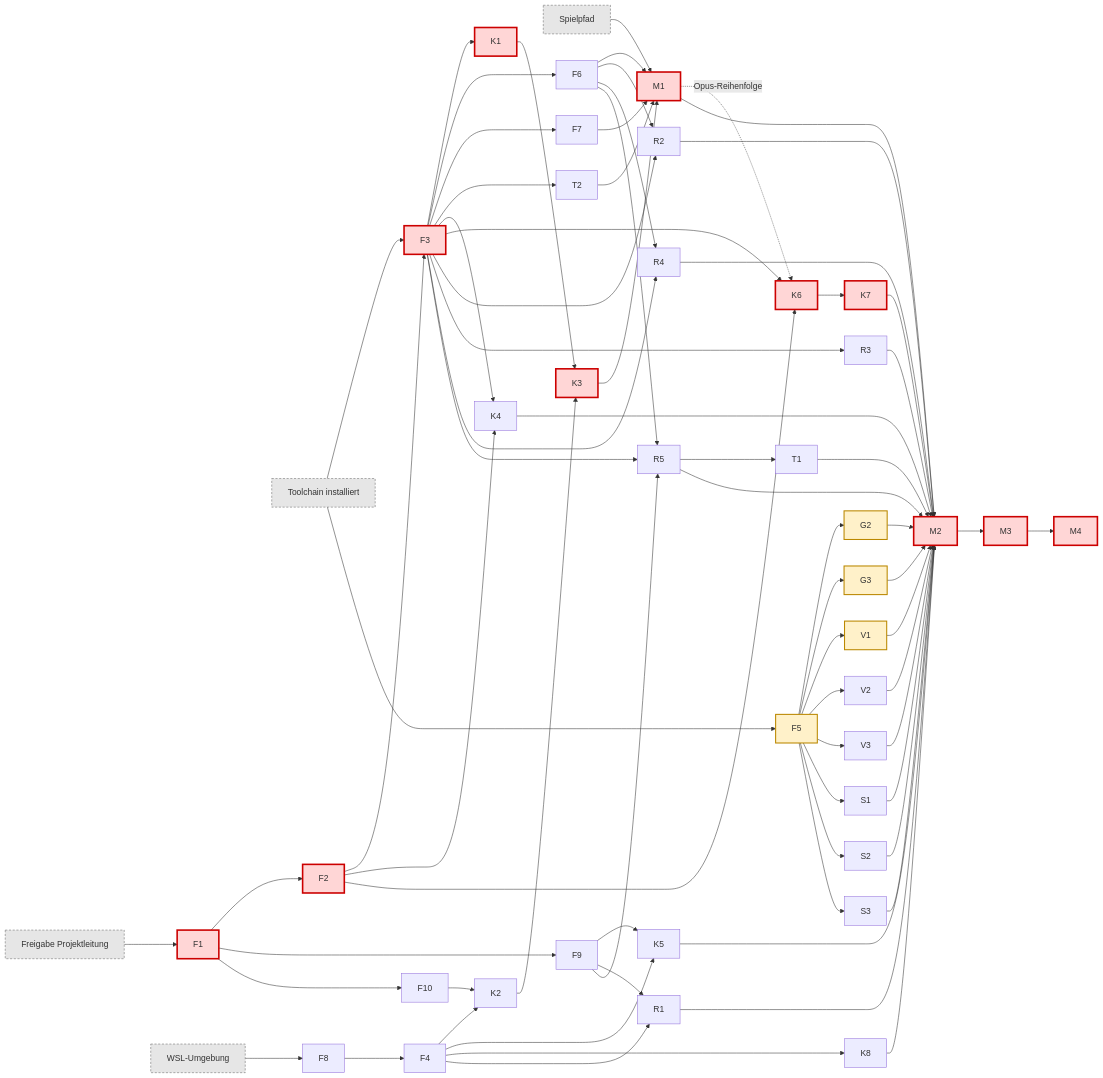
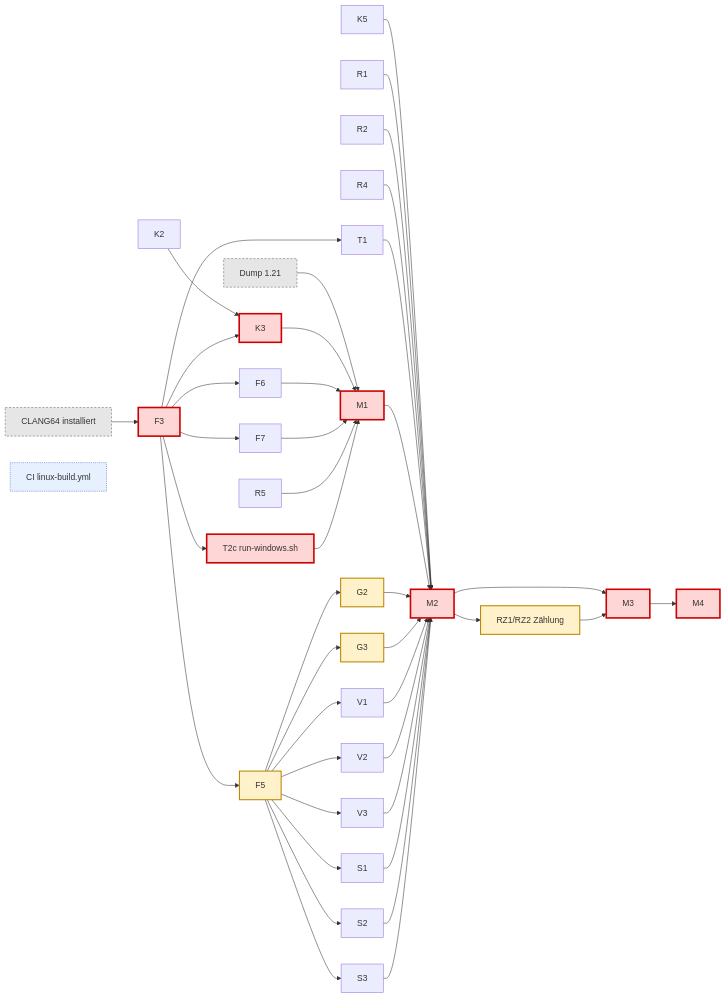
The diagram in docs/refueled/TASKS.md (LinksTech/ReFueled), drawn with Mermaid before and after one commit. The commit also changed other lines of this file and 3 other files, not shown here.

Commit message:
refueled: D19 - kein WSL/Linux lokal; TASKS mit deferred-ci, neuem DAG und Wellenplan; TOOLCHAIN ohne Nix/WSL

````diff
--- a/docs/refueled/TASKS.md
+++ b/docs/refueled/TASKS.md
@@ -90,43 +96,28 @@
 ```mermaid
 flowchart LR
   classDef crit fill:#ffd6d6,stroke:#c00,stroke-width:3px
   classDef near fill:#fff1c9,stroke:#b80,stroke-width:2px
   classDef ext fill:#e6e6e6,stroke:#666,stroke-dasharray: 4 3
+  classDef ci fill:#e6f0ff,stroke:#36c,stroke-dasharray: 2 2
 
-  OK[Freigabe Projektleitung]:::ext --> F1
-  TC[Toolchain installiert]:::ext --> F3
-  TC --> F5
-  WSL[WSL-Umgebung]:::ext --> F8
-  DUMP[Spielpfad]:::ext --> M1
-
-  F1:::crit --> F2:::crit --> F3:::crit --> K1:::crit
-  F1 --> F9 & F10
-  F8 --> F4
-  F3 --> F6 & F7
-  F4 --> K2 & K5 & K8 & R1
-  F10 --> K2
+  TC[CLANG64 installiert]:::ext --> F3:::crit
+  DUMP[Dump 1.21]:::ext --> M1
+  F3 --> F5:::near --> G2:::near & G3:::near
+  F3 --> F6 & F7 & T1
   K2 --> K3:::crit
-  K1 --> K3
+  F3 --> K3
   K3 --> M1:::crit
-  F6 --> M1
-  F7 --> M1
-  F3 --> T2 --> M1
-  F2 --> K4 & K6
-  F3 --> K4 & K6
-  K6:::crit --> K7:::crit
-  M1 -. Opus-Reihenfolge .-> K6
-  F9 --> K5 & R1 & R5
-  F3 --> R2 & R3 & R4 & R5
-  F6 --> R2 & R4 & R5
-  R5 --> T1
-  F5:::near --> G2:::near & G3:::near & V1:::near & V2 & V3 & S1 & S2 & S3
-  K4 --> M2
-  K5 --> M2
-  K7 --> M2:::crit
-  K8 --> M2
-  M1 --> M2
-  R1 & R2 & R3 & R4 & R5 & T1 --> M2
+  F6 & F7 --> M1
+  R5 --> M1
+  T2c[T2c run-windows.sh]:::crit --> M1
+  F3 --> T2c
+  K5 & R1 & R2 & R4 & T1 --> M2
+  M1 --> M2:::crit
   G2 & G3 --> M2
   V1 & V2 & V3 & S1 & S2 & S3 --> M2
+  F5 --> V1 & V2 & V3 & S1 & S2 & S3
   M2 --> M3:::crit --> M4:::crit
+  RZ1[RZ1/RZ2 Zählung]:::near --> M3
+  M2 --> RZ1
+  CI[CI linux-build.yml]:::ci
 ```
````
